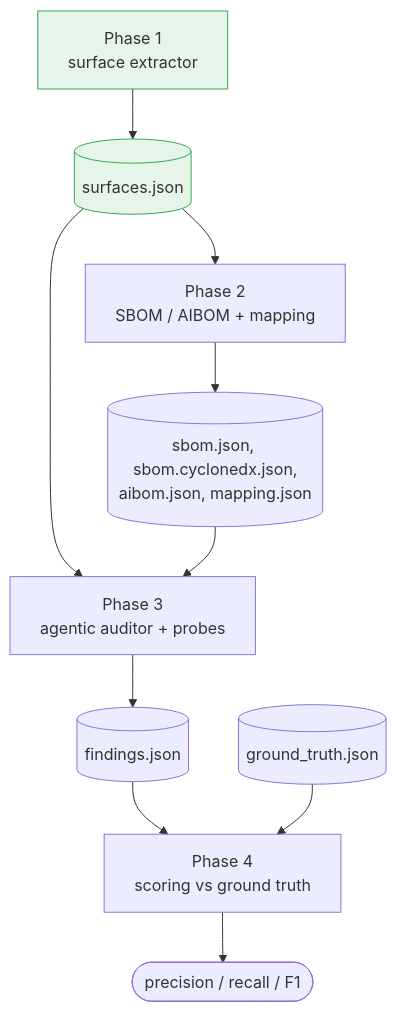
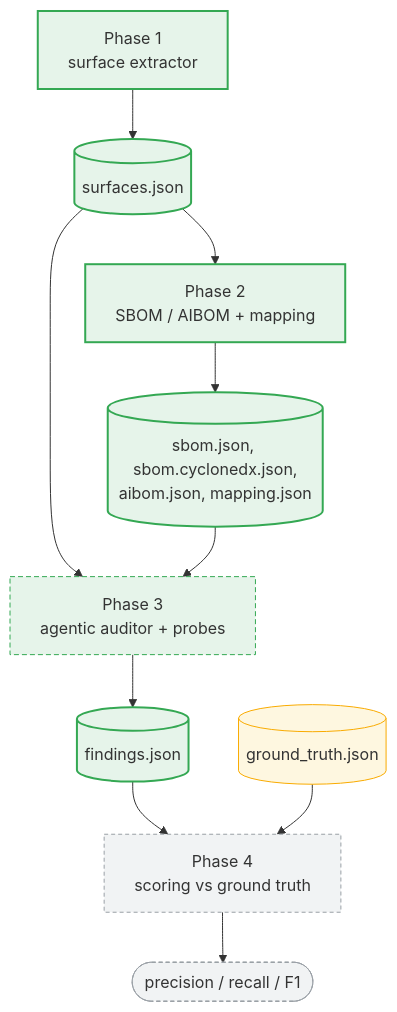
One commit to heinthtnaung/AgenticLLMAppAuditor changed the fifth of 5 diagrams in docs/FLOW.md. Above: the diagram before and after it, drawn with Mermaid. The commit also changed other lines of this file and 33 other files, not shown here.

````diff
--- a/docs/FLOW.md
+++ b/docs/FLOW.md
@@ -225,15 +243,20 @@
 ```mermaid
 flowchart TD
     P1[Phase 1<br/>surface extractor] --> SJ[(surfaces.json)]
     SJ --> P2[Phase 2<br/>SBOM / AIBOM + mapping]
     P2 --> MJ[(sbom.json, sbom.cyclonedx.json,<br/>aibom.json, mapping.json)]
     SJ --> P3[Phase 3<br/>agentic auditor + probes]
     MJ --> P3
     P3 --> FJ[(findings.json)]
     FJ --> P4[Phase 4<br/>scoring vs ground truth]
     GT[(ground_truth.json)] --> P4
     P4 --> RES([precision / recall / F1])
 
-    style P1 fill:#e6f4ea,stroke:#34a853
-    style SJ fill:#e6f4ea,stroke:#34a853
+    classDef built fill:#e6f4ea,stroke:#34a853,stroke-width:2px
+    classDef partial fill:#e6f4ea,stroke:#34a853,stroke-dasharray:5 3
+    classDef planned fill:#f1f3f4,stroke:#9aa0a6,stroke-dasharray:4 3
+    class P1,SJ,P2,MJ,FJ built
+    class P3 partial
+    class P4,RES planned
+    style GT fill:#fef7e0,stroke:#f9ab00
 ```
````
